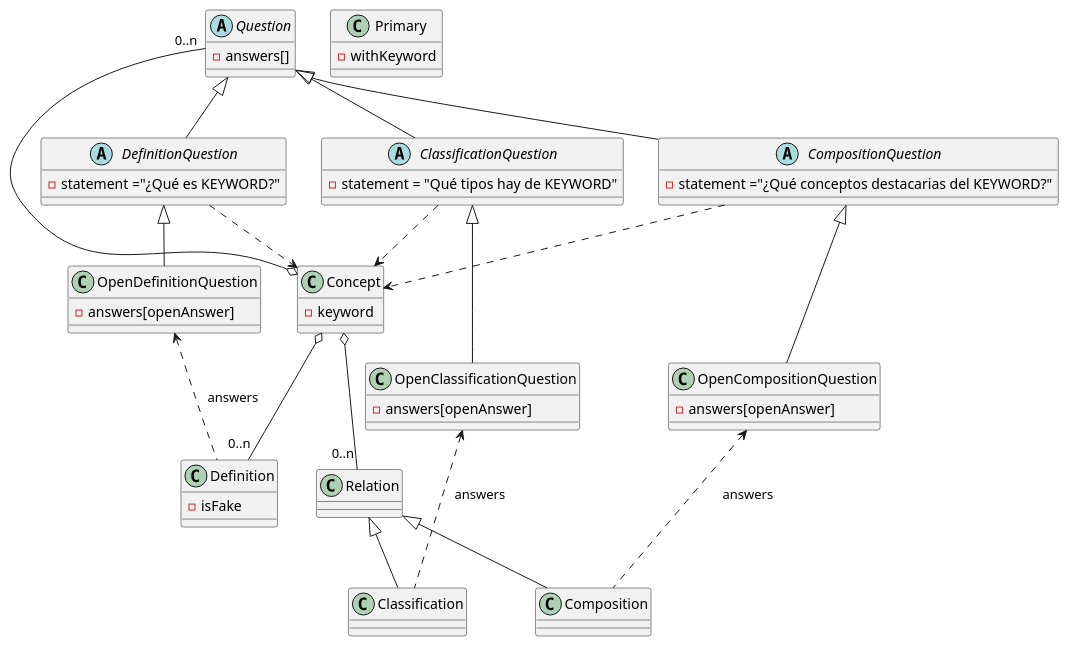
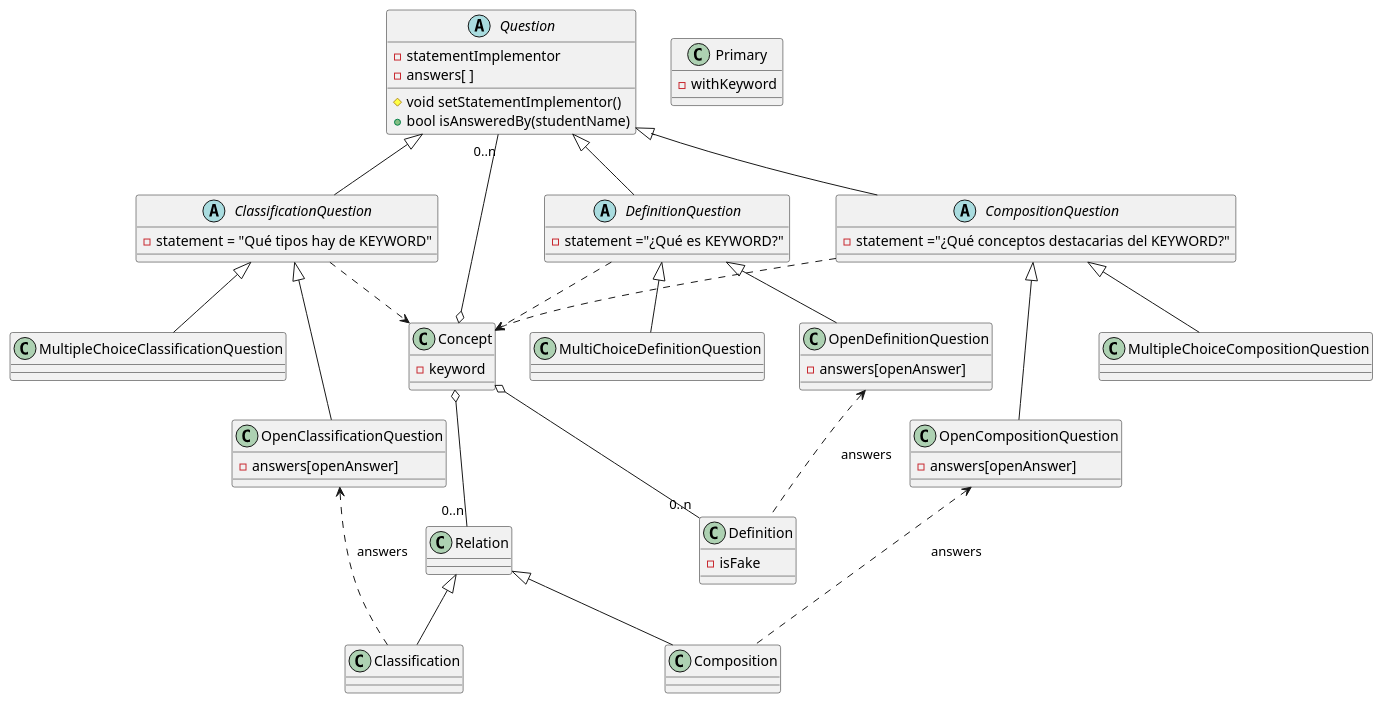
Before and after one commit to Joselon/ProyectoOpoTest: the diagram in doc/dominio_detail_concept.puml, drawn with PlantUML. The commit also changed 7 other files, not shown here.

```diff
--- a/doc/dominio_detail_concept.puml
+++ b/doc/dominio_detail_concept.puml
@@ -1,79 +1,85 @@
 @startuml ConceptDomainDetail
 
 class Concept {
     - keyword
 }
 
 class Definition {
   - isFake
 }
 
 class Relation
 
 class Classification
 
 class Composition
 
 class Primary {
     - withKeyword
 }
 
 
 abstract class DefinitionQuestion {
     - statement ="¿Qué es KEYWORD?"
 
 }
 
 abstract class ClassificationQuestion {
     - statement = "Qué tipos hay de KEYWORD"
 
 }
 
 abstract class CompositionQuestion {
     - statement ="¿Qué conceptos destacarias del KEYWORD?"
 
 }
 
 class OpenDefinitionQuestion {
     -answers[openAnswer]
 }
 class OpenClassificationQuestion{
     -answers[openAnswer]
 }
 class OpenCompositionQuestion{
     -answers[openAnswer]
 }
 
 abstract class Question {
-    - answers[]
+    - statementImplementor
+    - answers[ ]
+    # void setStatementImplementor()
+    + bool isAnsweredBy(studentName)
 }
 
 
 DefinitionQuestion <|-- OpenDefinitionQuestion
+DefinitionQuestion <|-- MultiChoiceDefinitionQuestion
 ClassificationQuestion <|-- OpenClassificationQuestion
+ClassificationQuestion <|-- MultipleChoiceClassificationQuestion
 CompositionQuestion <|-- OpenCompositionQuestion
+CompositionQuestion <|-- MultipleChoiceCompositionQuestion
 Question "0..n" -o Concept
 
 DefinitionQuestion ..> Concept 
 ClassificationQuestion ..> Concept 
 CompositionQuestion ..> Concept  
 
 
 Concept o--"0..n" Definition
 
 Concept o-- "0..n" Relation
 Relation <|-- Classification
 Relation <|-- Composition
 
 
 Question <|-- DefinitionQuestion
 OpenDefinitionQuestion <.. Definition: answers
 
 Question <|-- ClassificationQuestion
 OpenClassificationQuestion <.. Classification :answers
 
 Question <|-- CompositionQuestion
 OpenCompositionQuestion <.. Composition :answers
 
 
 @enduml
```
